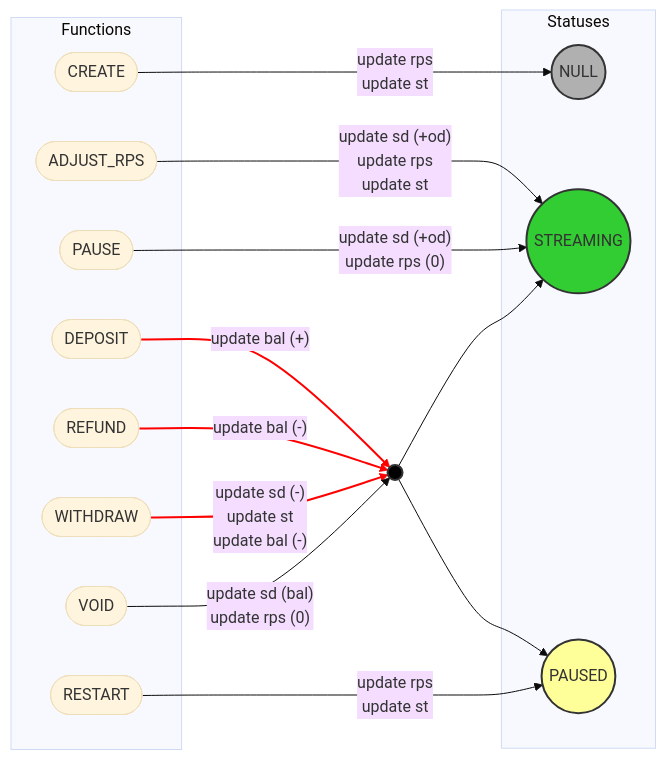
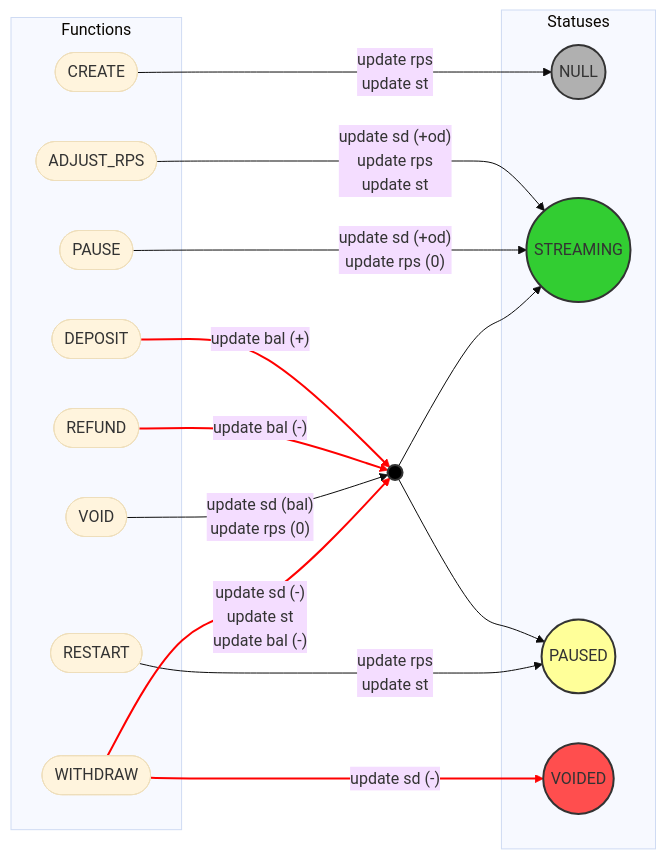
One commit to sablier-labs/flow changed the second of 8 diagrams in DIAGRAMS.md. Above: the diagram before and after it, drawn with Mermaid (base theme). The commit also changed other lines of this file and 1 other file, not shown here.

First line of the commit message:
docs(diagrams): update diagrams with voided status

````diff
--- a/DIAGRAMS.md
+++ b/DIAGRAMS.md
@@ -77,46 +81,50 @@
 ```mermaid
 flowchart LR
     subgraph Statuses
         NULL((NULL)):::grey
         STR((STREAMING)):::green
         PSED((PAUSED)):::yellow
+        VOID((VOIDED)):::red
     end
-
 
     subgraph Functions
         CR([CREATE])
         ADJRPS([ADJUST_RPS])
         DP([DEPOSIT])
+        RFD([REFUND])
+        PS([PAUSE])
+        RST([RESTART])
+        VD([VOID])
         WTD([WITHDRAW])
-        RFD([REFUND])
-        RST([RESTART])
-        PS([PAUSE])
-        VD([VOID])
     end
 
     BOTH((  )):::black
 
+
+    classDef black fill:#000000,stroke:#333,stroke-width:2px;
+    classDef green fill:#32cd32,stroke:#333,stroke-width:2px;
     classDef grey fill:#b0b0b0,stroke:#333,stroke-width:2px;
-    classDef green fill:#32cd32,stroke:#333,stroke-width:2px;
     classDef yellow fill:#ffff99,stroke:#333,stroke-width:2px;
-    classDef black fill:#000000,stroke:#333,stroke-width:2px;
+    classDef red fill:#ff4e4e,stroke:#333,stroke-width:2px;
 
-    CR -- "update rps\nupdate st" --> NULL
-    ADJRPS -- "update sd (+od)\nupdate rps\nupdate st" -->  STR
+    CR -- "update rps<br/>update st" --> NULL
+
+    ADJRPS -- "update sd (+od)<br/>update rps<br/>update st" -->  STR
 
     DP -- "update bal (+)" --> BOTH
 
     RFD -- "update bal (-)" --> BOTH
 
-    WTD -- "update sd (-) \nupdate st\nupdate bal (-)" --> BOTH
-
-    VD -- "update sd (bal)\nupdate rps (0)" --> BOTH
-
-    PS -- "update sd (+od)\nupdate rps (0)" --> STR
+    PS -- "update sd (+od)<br/>update rps (0)" --> STR
 
     BOTH --> STR & PSED
 
-    RST -- "update rps \nupdate st" --> PSED
+    RST -- "update rps<br/>update st" --> PSED
 
-    linkStyle 2,3,4 stroke:#ff0000,stroke-width:2px
+    VD -- "update sd (bal)<br/>update rps (0)" --> BOTH
+
+    WTD -- "update sd (-)<br/>update st<br/>update bal (-)" --> BOTH
+    WTD -- "update sd (-)" --> VOID
+
+    linkStyle 2,3,9,10 stroke:#ff0000,stroke-width:2px
 ```
````
